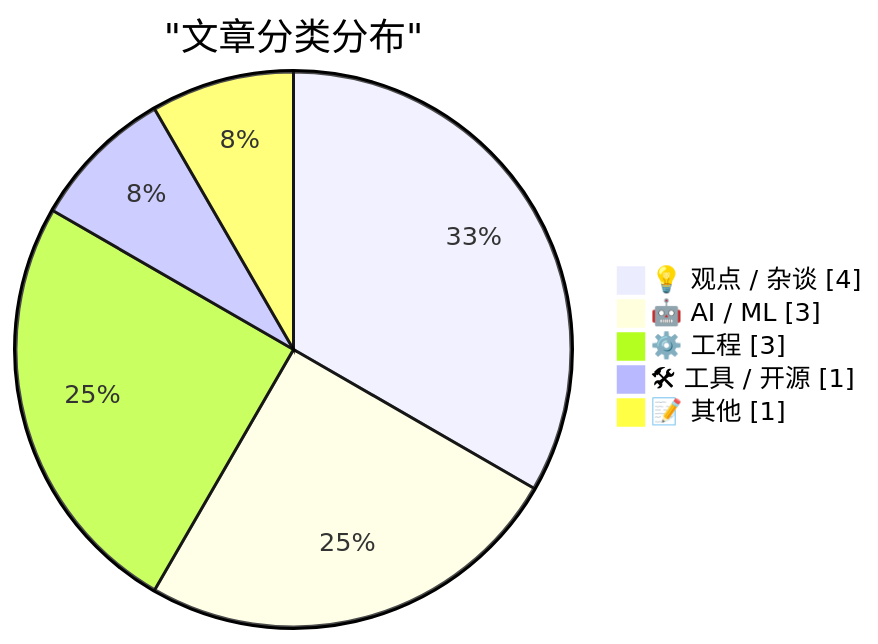
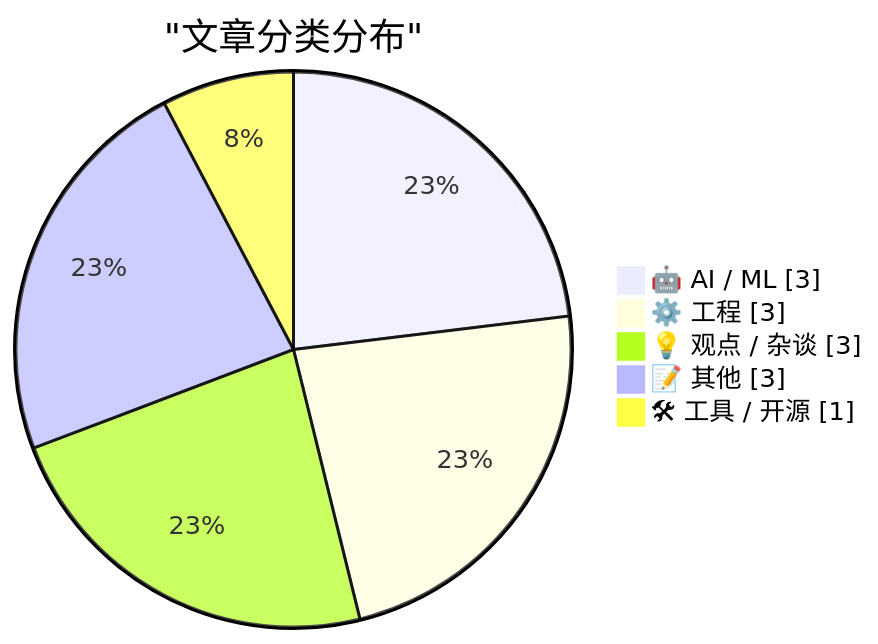
Before and after one commit to SamhooXee/aidigest: the first of 2 diagrams in content/digest_2026-03-21.md, drawn with Mermaid. The commit also changed other lines of this file, not shown here.

````diff
--- a/content/digest_2026-03-21.md
+++ b/content/digest_2026-03-21.md
@@ -47,9 +53,9 @@
 ```mermaid
 pie showData
     title "文章分类分布"
-    "💡 观点 / 杂谈" : 4
     "🤖 AI / ML" : 3
     "⚙️ 工程" : 3
+    "💡 观点 / 杂谈" : 3
+    "📝 其他" : 3
     "🛠 工具 / 开源" : 1
-    "📝 其他" : 1
 ```
````
